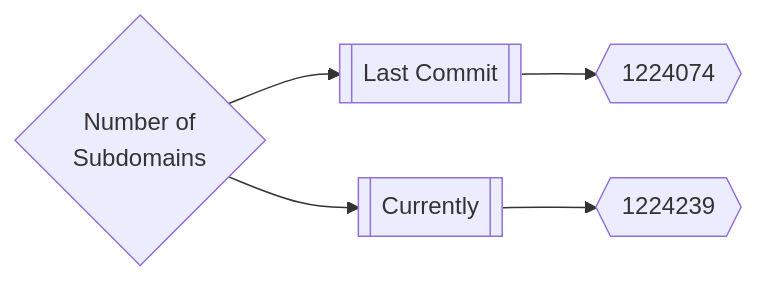
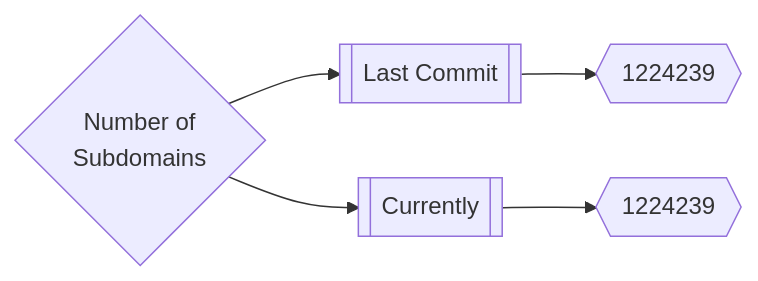
One commit to trickest/inventory changed the first of 3 diagrams in README.md. Above: the diagram before and after it, drawn with Mermaid. The commit also changed 2 other files, not shown here.

Commit message:
Update Mon Apr  4 10:14:29 UTC 2022

````diff
--- a/README.md
+++ b/README.md
@@ -165,5 +165,5 @@
 ```mermaid
 graph LR
-title{Number of<br>Subdomains} --> subdomainsDate1[[Last Commit]] --> subdomainsNum1{{1224074}}
+title{Number of<br>Subdomains} --> subdomainsDate1[[Last Commit]] --> subdomainsNum1{{1224239}}
 title --> subdomainsDate2[[Currently]] --> subdomainsNum2{{1224239}}
 ```
````
